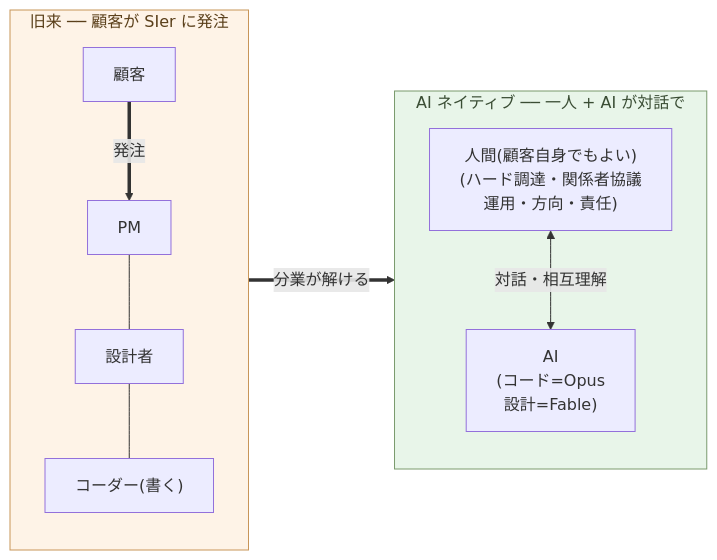
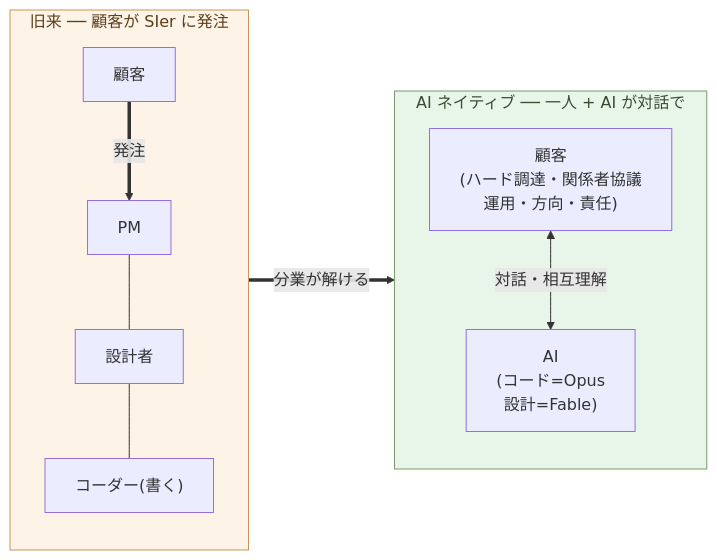
Before and after one commit to aiseed-dev/website: the diagram in articles/ai-native-ways/software/03-coder-end/ja.md, drawn with Mermaid. The commit also changed 1 other file, not shown here.

Commit message:
第3章: 新側の図ノードを「人間(顧客自身でもよい)」→「顧客」に
旧来と新側で同じ顧客を主体に置き、対比を明確化(旧: 顧客が SIer に発注 /
新: 顧客自身が AI と作り動かす)。ja/en とも。

Claude-Session: https://claude.ai/code/session_01JWSjUtp9JogXnFvcXErbX3

````diff
--- a/articles/ai-native-ways/software/03-coder-end/ja.md
+++ b/articles/ai-native-ways/software/03-coder-end/ja.md
@@ -125,26 +125,26 @@
 ```mermaid
 flowchart LR
   subgraph Old["旧来 ── 顧客が SIer に発注"]
     direction TB
     OClient["顧客"]
     OP["PM"]
     OD["設計者"]
     OC["コーダー(書く)"]
     OClient ==>|発注| OP
     OP --- OD --- OC
   end
 
   subgraph New["AI ネイティブ ── 一人 + AI が対話で"]
     direction TB
-    H["人間(顧客自身でもよい)<br/>(ハード調達・関係者協議<br/>運用・方向・責任)"]
+    H["顧客<br/>(ハード調達・関係者協議<br/>運用・方向・責任)"]
     A["AI<br/>(コード=Opus<br/>設計=Fable)"]
     H <-->|対話・相互理解| A
   end
 
   Old ==>|分業が解ける| New
 
   classDef good fill:#e8f5e9,stroke:#7a9a6d,color:#3a4d34
   classDef bad fill:#fef3e7,stroke:#c89559,color:#5a3f1a
   class New good
   class Old bad
 ```
````
